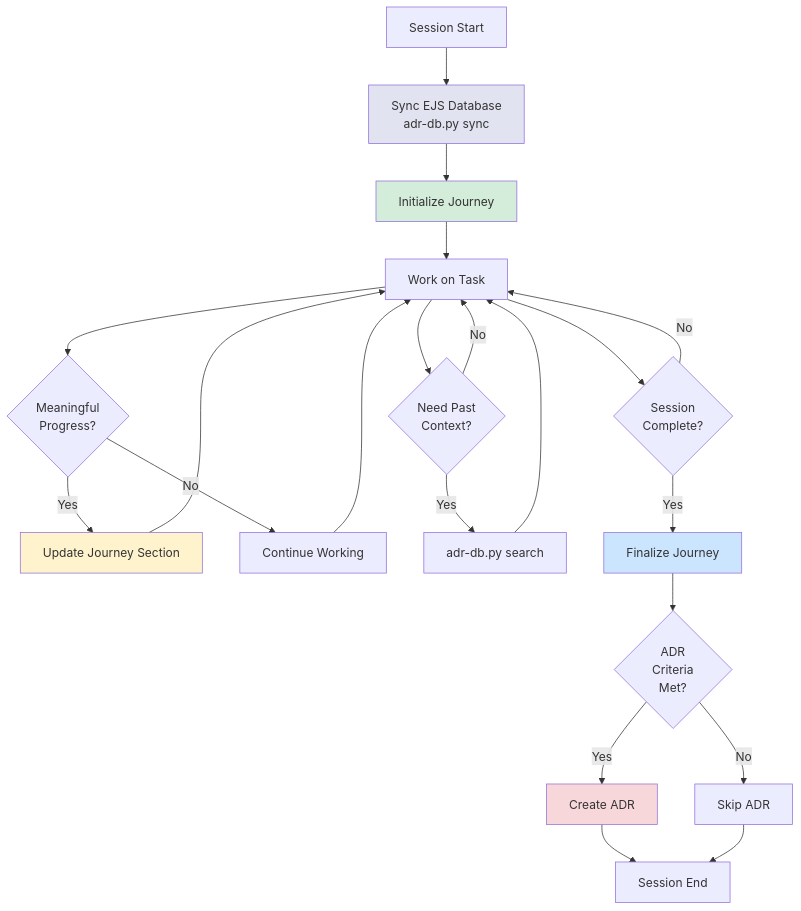
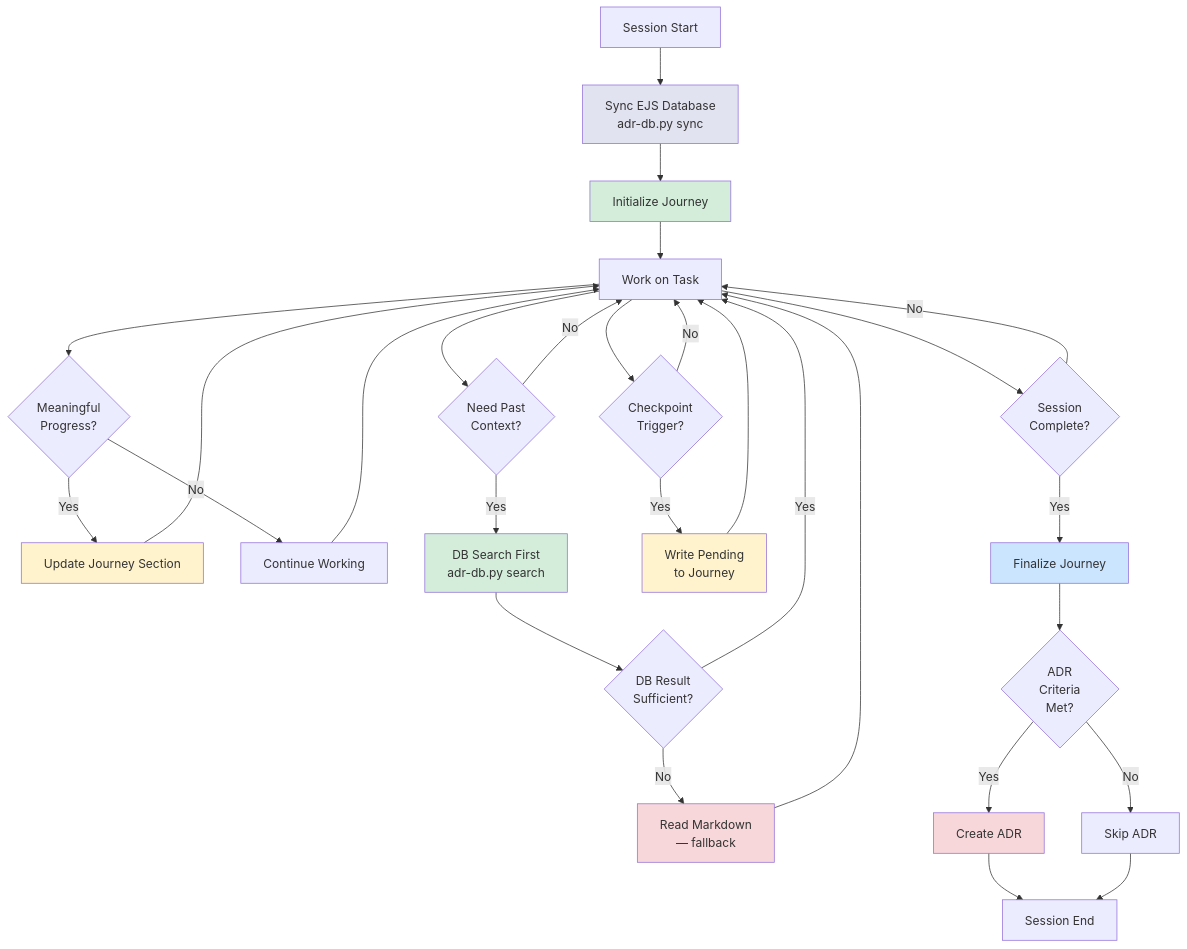
The third of 6 diagrams in ejs-docs/session-lifecycle-patterns.md (McFuzzySquirrel/Engineering-Journey-System), drawn with Mermaid before and after one commit. The commit also changed other lines of this file and 3 other files, not shown here.

````diff
--- a/ejs-docs/session-lifecycle-patterns.md
+++ b/ejs-docs/session-lifecycle-patterns.md
@@ -201,29 +201,39 @@
 ```mermaid
 flowchart TD
     Start[Session Start] --> Sync[Sync EJS Database<br/>adr-db.py sync]
     Sync --> Init[Initialize Journey]
     Init --> Work[Work on Task]
     Work --> Update{Meaningful<br/>Progress?}
     Update -->|Yes| Record[Update Journey Section]
     Record --> Work
     Update -->|No| Continue[Continue Working]
     Continue --> Work
     Work --> Ref{Need Past<br/>Context?}
-    Ref -->|Yes| Search[adr-db.py search]
-    Search --> Work
+    Ref -->|Yes| DBSearch[DB Search First<br/>adr-db.py search]
+    DBSearch --> DBSufficient{DB Result<br/>Sufficient?}
+    DBSufficient -->|Yes| Work
+    DBSufficient -->|No| ReadMD[Read Markdown<br/>— fallback]
+    ReadMD --> Work
     Ref -->|No| Work
+    Work --> Checkpoint{Checkpoint<br/>Trigger?}
+    Checkpoint -->|Yes| Save[Write Pending<br/>to Journey]
+    Save --> Work
+    Checkpoint -->|No| Work
     Work --> Done{Session<br/>Complete?}
     Done -->|No| Work
     Done -->|Yes| Finalize[Finalize Journey]
     Finalize --> ADR{ADR<br/>Criteria<br/>Met?}
     ADR -->|Yes| CreateADR[Create ADR]
     ADR -->|No| Skip[Skip ADR]
     CreateADR --> End[Session End]
     Skip --> End
     
     style Sync fill:#e2e3f1
     style Init fill:#d4edda
     style Record fill:#fff3cd
+    style Save fill:#fff3cd
     style Finalize fill:#cce5ff
     style CreateADR fill:#f8d7da
+    style DBSearch fill:#d4edda
+    style ReadMD fill:#f8d7da
 ```
````
